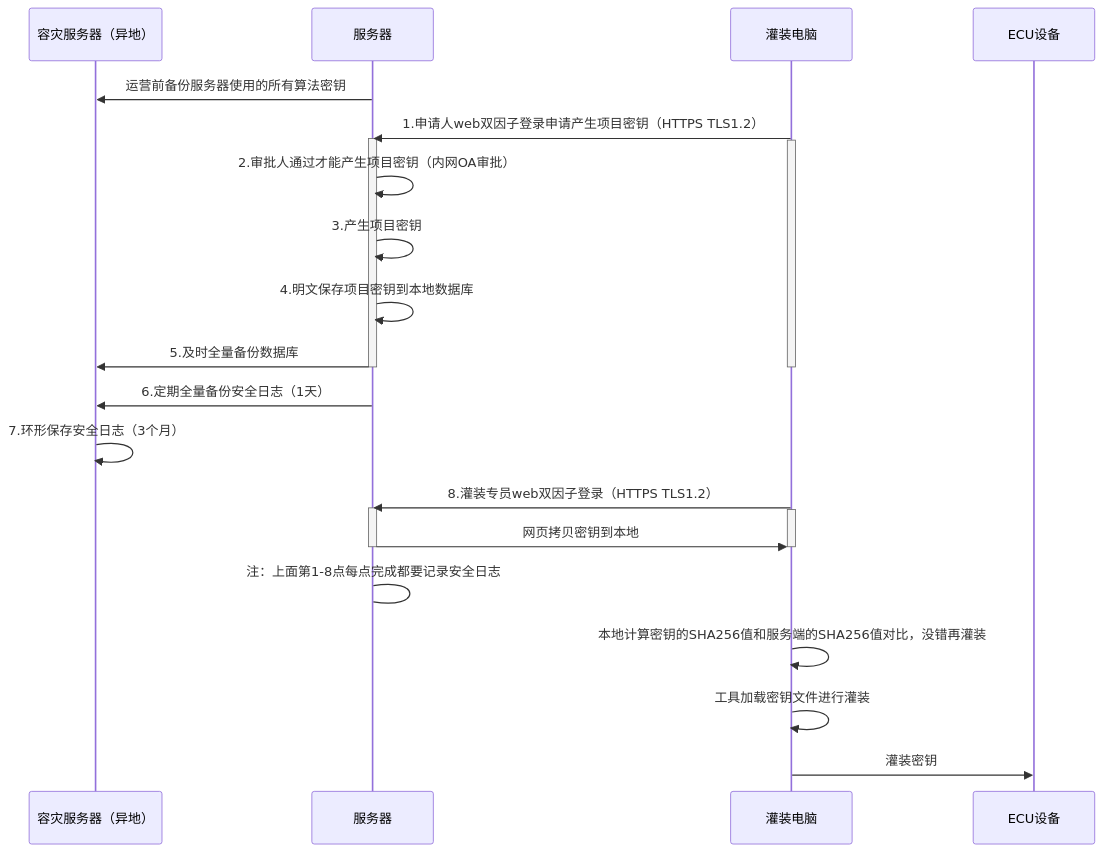
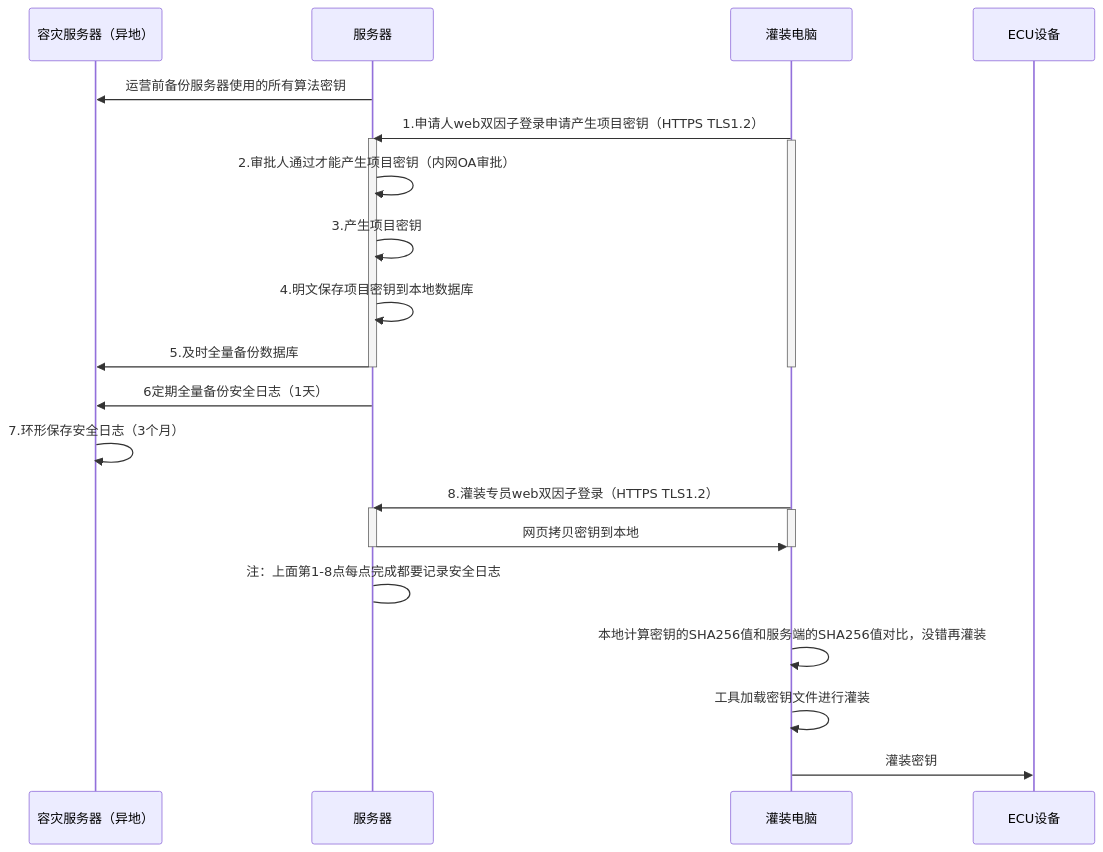
One commit to facebook-cloud/iodraw-files changed the diagram in all/未命名-20.md. Above: the diagram before and after it, drawn with Mermaid.

Commit message:
2026-03-28 09:33:43 update

````diff
--- a/all/未命名-20.md
+++ b/all/未命名-20.md
@@ -1,35 +1,35 @@
 ```mermaid
 sequenceDiagram
     participant A as 容灾服务器（异地）
     participant B as 服务器
     participant D as 灌装电脑
     participant E as ECU设备
 
     B->>A: 运营前备份服务器使用的所有算法密钥
     D->>B: 1.申请人web双因子登录申请产生项目密钥（HTTPS TLS1.2）
     activate B
     activate D
     B->>B: 2.审批人通过才能产生项目密钥（内网OA审批）
     B->>B: 3.产生项目密钥
     B->>B: 4.明文保存项目密钥到本地数据库
     B->>A: 5.及时全量备份数据库
 
     deactivate B
     deactivate D
 
-    B->>A: 6.定期全量备份安全日志（1天）
+    B->>A: 6定期全量备份安全日志（1天）
     A->>A: 7.环形保存安全日志（3个月）
     
     D->>B: 8.灌装专员web双因子登录（HTTPS TLS1.2）
     activate B
     activate D
     B->>D: 网页拷贝密钥到本地
     deactivate B
     deactivate D
     B->B: 注：上面第1-8点每点完成都要记录安全日志
 
     D->>D:本地计算密钥的SHA256值和服务端的SHA256值对比，没错再灌装
     D->>D:工具加载密钥文件进行灌装
     
     D->>E: 灌装密钥
 ```
````
